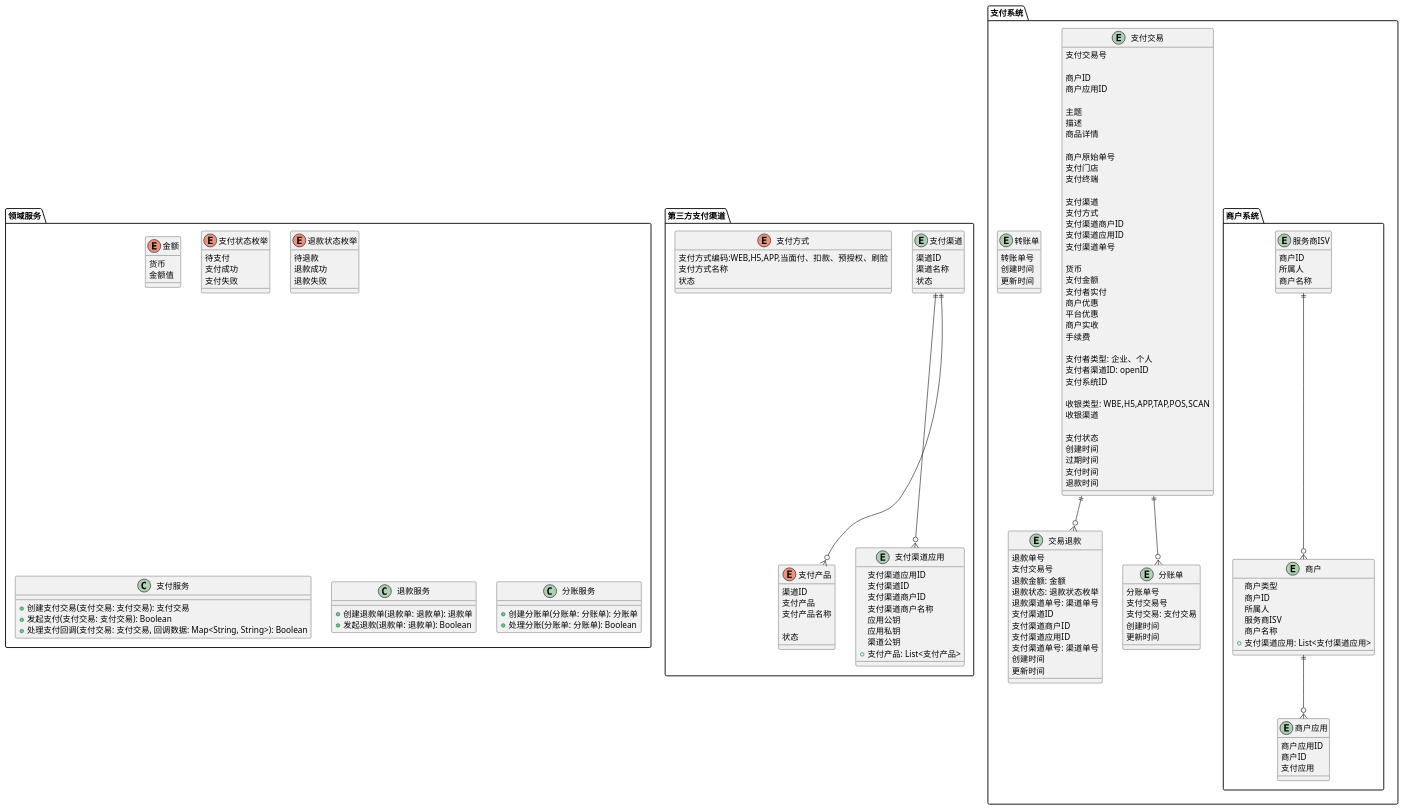
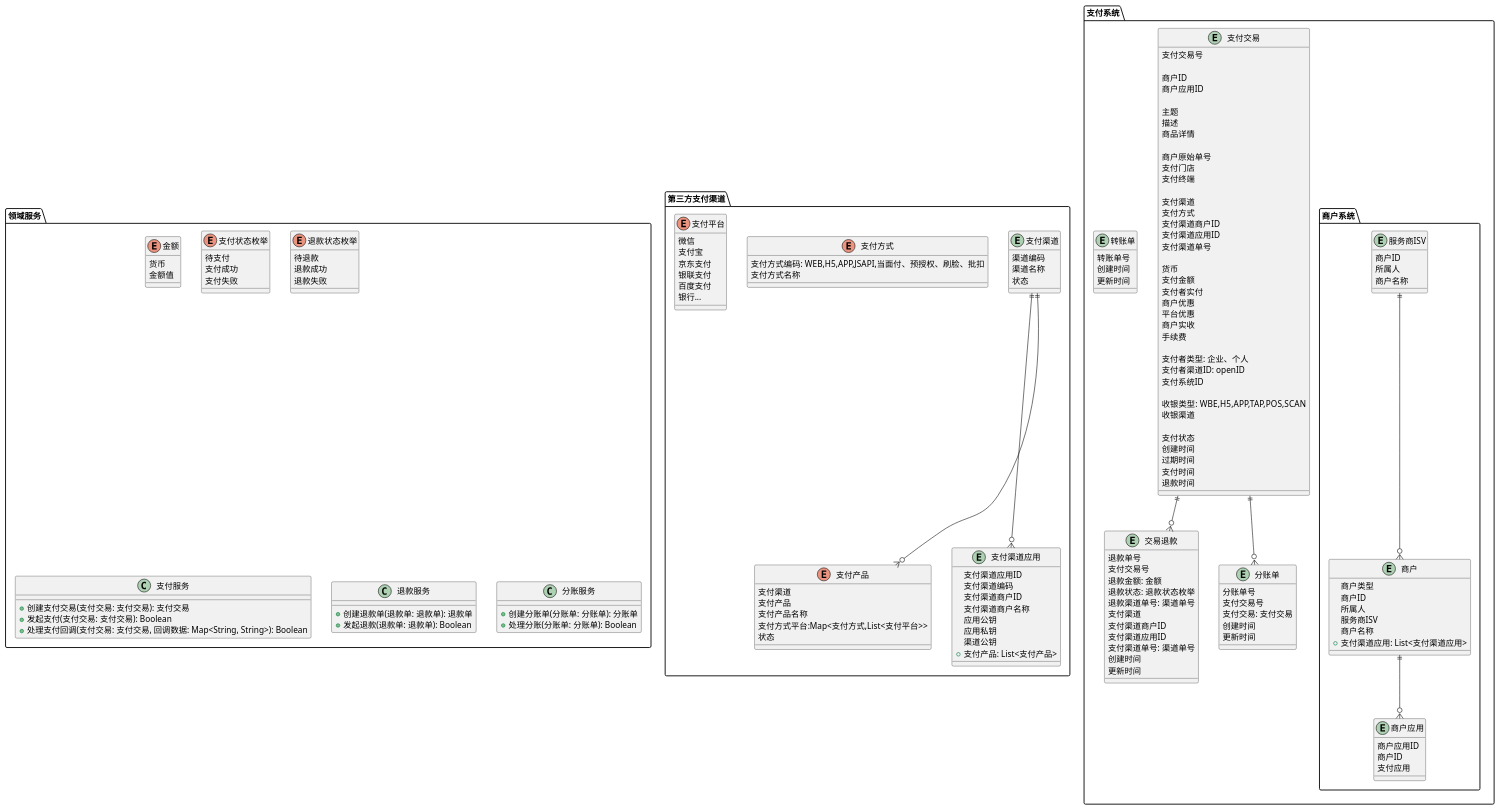
Before and after one commit to red-jasmine/payment: the diagram in docs/领域模型.puml, drawn with PlantUML. The commit also changed 6 other files, not shown here.

```diff
--- a/docs/领域模型.puml
+++ b/docs/领域模型.puml
@@ -4,27 +4,34 @@
 package 第三方支付渠道{
 
     entity 支付渠道{
-        渠道ID
+        渠道编码
         渠道名称
         状态
     }
 
-    enum 支付产品{
-            渠道ID
+    enum 支付产品 {
+            支付渠道
             支付产品
             支付产品名称
-
+            支付方式平台:Map<支付方式,List<支付平台>>
             状态
         }
     enum 支付方式{
-        支付方式编码:WEB,H5,APP,当面付、扣款、预授权、刷脸
+        支付方式编码: WEB,H5,APP,JSAPI,当面付、预授权、刷脸、批扣
         支付方式名称
-        状态
+    }
+    enum 支付平台{
+        微信
+        支付宝
+        京东支付
+        银联支付
+        百度支付
+        银行...
     }
 
     entity 支付渠道应用{
         支付渠道应用ID
-        支付渠道ID
+        支付渠道编码
         支付渠道商户ID
         支付渠道商户名称
         应用公钥
@@ -120,7 +127,7 @@
         退款金额: 金额
         退款状态: 退款状态枚举
         退款渠道单号: 渠道单号
-        支付渠道ID
+        支付渠道
         支付渠道商户ID
         支付渠道应用ID
         支付渠道单号: 渠道单号
```
